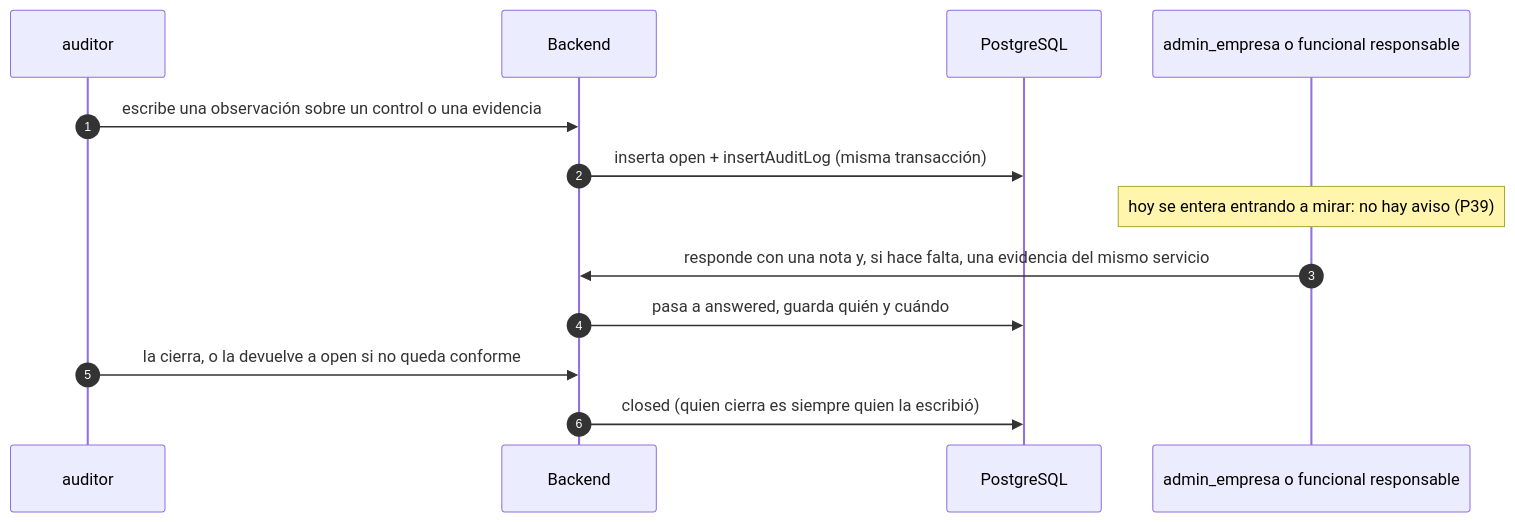
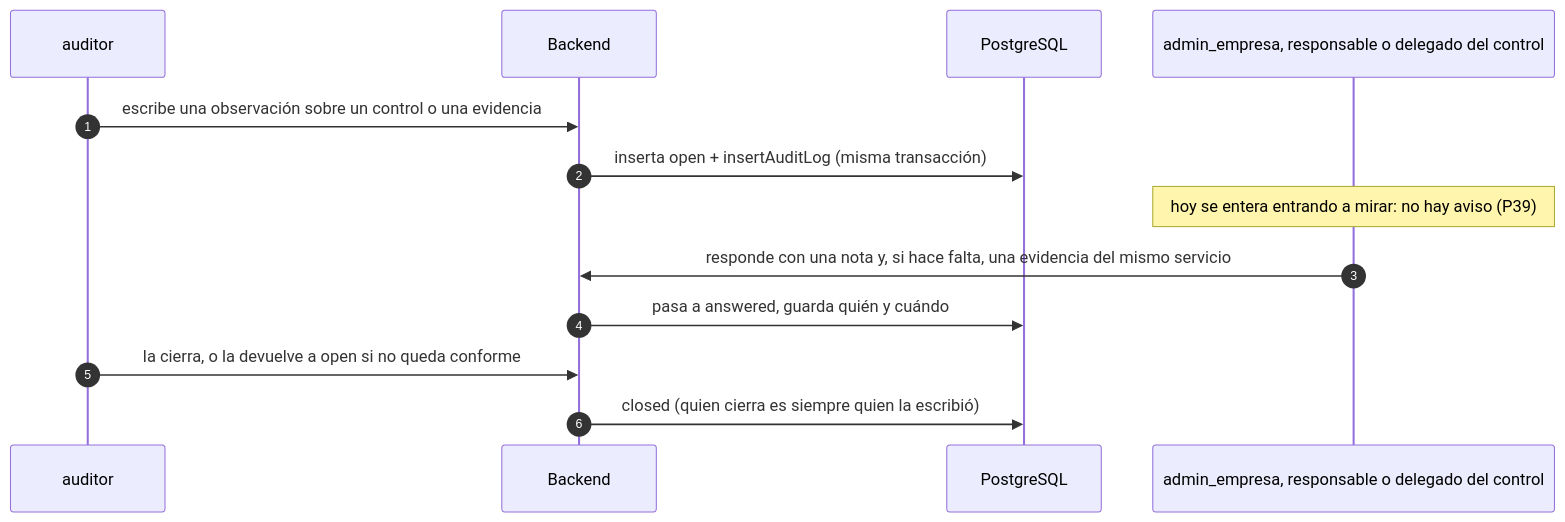
Before and after one commit to Monkey-GRC/Monkey-Brain-IA: the first of 2 diagrams in skills/product/monkey-compliance-council/references/arquitectura/cumplimiento/observaciones/03-flujos.md, drawn with Mermaid. The commit also changed 168 other files, not shown here.

Commit message:
docs(brain): user stories and use cases with UML for all 13 modules, Jira epics MD-316..MD-324, branded PDF export, stories only from decided items, D113 approved, closed DT-1/9/10/25/32/33/34/35/57, SEG-45/60/71 done and SEG-59 reopened, contracts and module docs aligned with the code (MD-246)

````diff
--- a/skills/product/monkey-compliance-council/references/arquitectura/cumplimiento/observaciones/03-flujos.md
+++ b/skills/product/monkey-compliance-council/references/arquitectura/cumplimiento/observaciones/03-flujos.md
@@ -7,15 +7,15 @@
 ```mermaid
 sequenceDiagram
     autonumber
     participant AU as auditor
     participant API as Backend
     participant DB as PostgreSQL
-    participant E as admin_empresa o funcional responsable
+    participant E as admin_empresa, responsable o delegado del control
     AU->>API: escribe una observación sobre un control o una evidencia
     API->>DB: inserta open + insertAuditLog (misma transacción)
     Note over E: hoy se entera entrando a mirar: no hay aviso (P39)
     E->>API: responde con una nota y, si hace falta, una evidencia del mismo servicio
     API->>DB: pasa a answered, guarda quién y cuándo
     AU->>API: la cierra, o la devuelve a open si no queda conforme
     API->>DB: closed (quien cierra es siempre quien la escribió)
 ```
````
